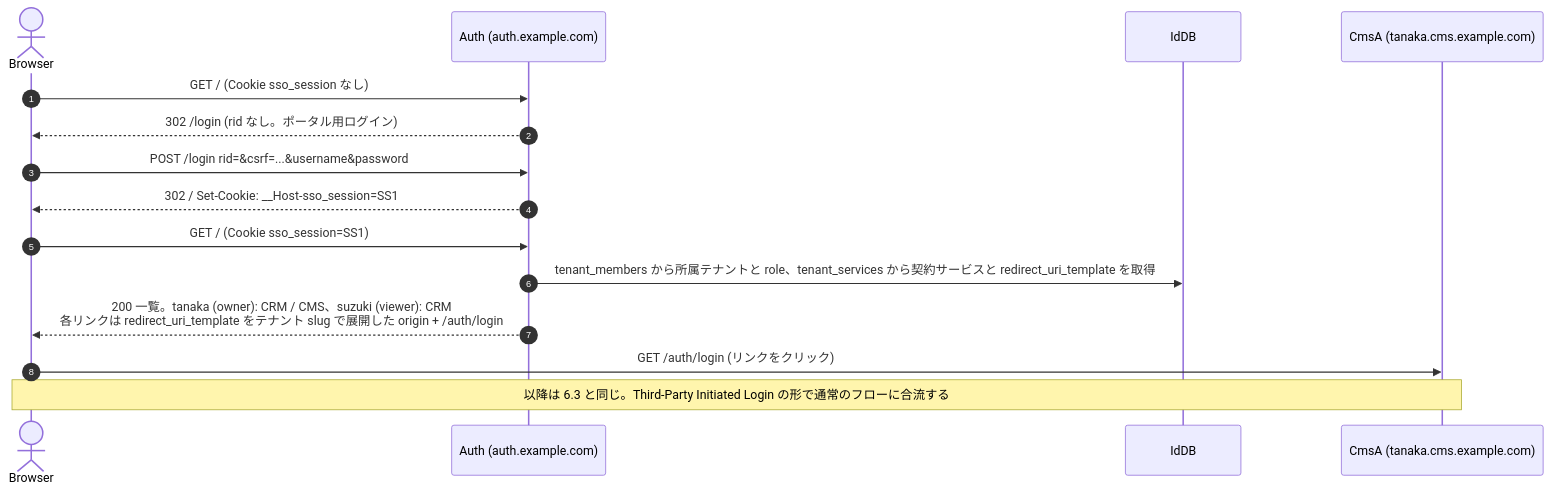
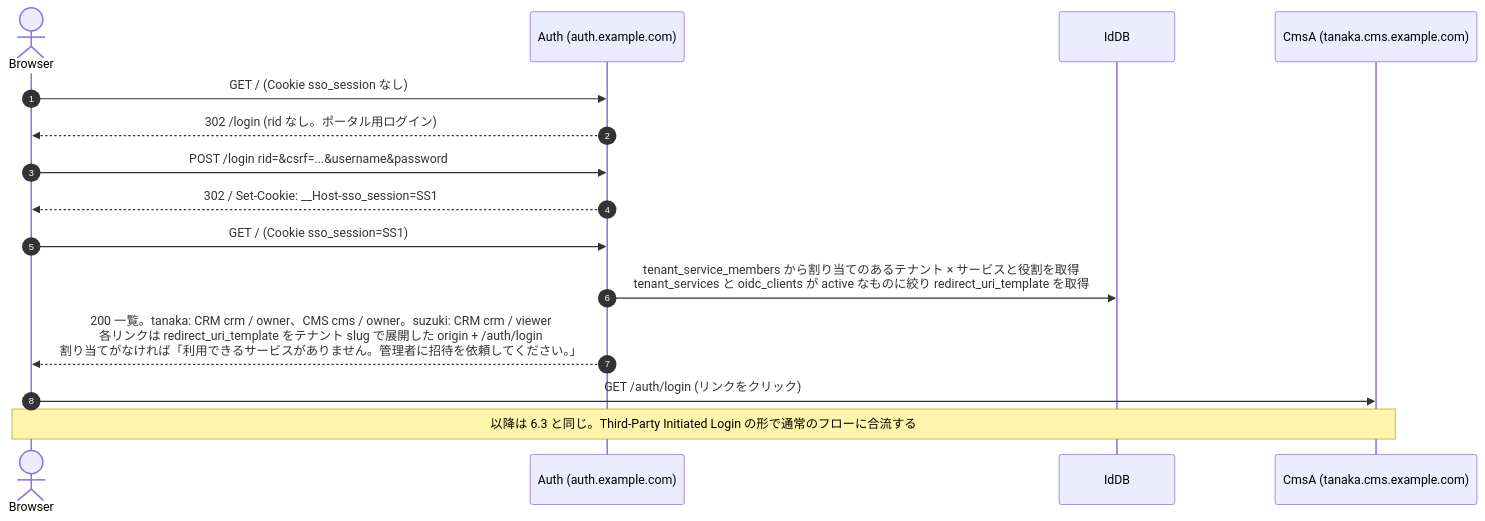
Before and after one commit to daisuke-tanabe/multi-domain-sandbox: the ninth of 10 diagrams in docs/integration-guide.md, drawn with Mermaid. The commit also changed other lines of this file and 48 other files, not shown here.

````diff
--- a/docs/integration-guide.md
+++ b/docs/integration-guide.md
@@ -785,18 +805,18 @@
 ```mermaid
 sequenceDiagram
     autonumber
     actor Browser
     participant Auth as Auth (auth.example.com)
     participant IdDB
     participant CmsA as CmsA (tanaka.cms.example.com)
 
     Browser->>Auth: GET / (Cookie sso_session なし)
     Auth-->>Browser: 302 /login (rid なし。ポータル用ログイン)
     Browser->>Auth: POST /login rid=&csrf=...&username&password
     Auth-->>Browser: 302 /  Set-Cookie: __Host-sso_session=SS1
     Browser->>Auth: GET / (Cookie sso_session=SS1)
-    Auth->>IdDB: tenant_members から所属テナントと role、tenant_services から契約サービスと redirect_uri_template を取得
-    Auth-->>Browser: 200 一覧。tanaka (owner): CRM / CMS、suzuki (viewer): CRM<br/>各リンクは redirect_uri_template をテナント slug で展開した origin + /auth/login
+    Auth->>IdDB: tenant_service_members から割り当てのあるテナント × サービスと役割を取得<br/>tenant_services と oidc_clients が active なものに絞り redirect_uri_template を取得
+    Auth-->>Browser: 200 一覧。tanaka: CRM crm / owner、CMS cms / owner。suzuki: CRM crm / viewer<br/>各リンクは redirect_uri_template をテナント slug で展開した origin + /auth/login<br/>割り当てがなければ「利用できるサービスがありません。管理者に招待を依頼してください。」
     Browser->>CmsA: GET /auth/login (リンクをクリック)
     Note over Browser,CmsA: 以降は 6.3 と同じ。Third-Party Initiated Login の形で通常のフローに合流する
 ```
````
